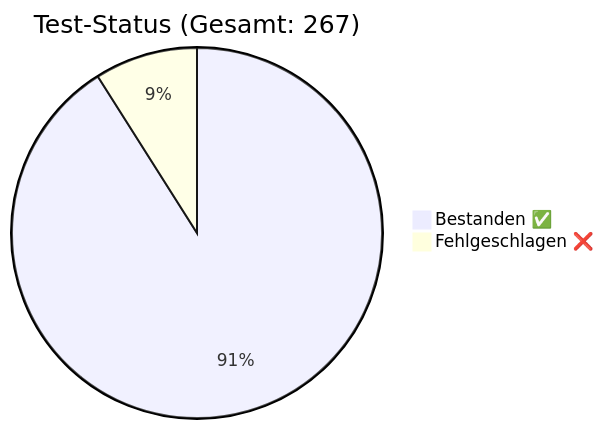
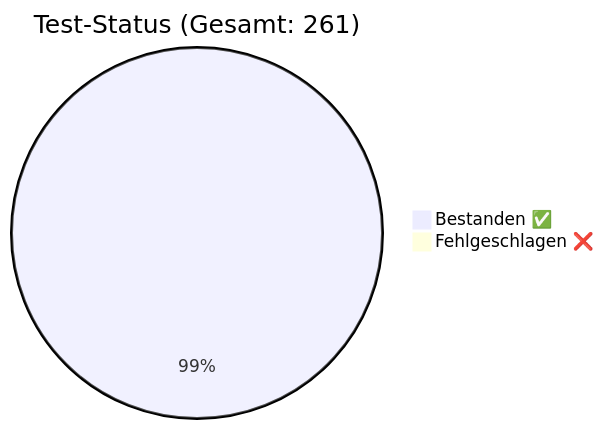
Before and after one commit to rorila/GCS: the diagram in docs/QA_Report.md, drawn with Mermaid. The commit also changed other lines of this file and 15 other files, not shown here.

````diff
--- a/docs/QA_Report.md
+++ b/docs/QA_Report.md
@@ -8,5 +8,5 @@
 ```mermaid
-pie title Test-Status (Gesamt: 267)
-    "Bestanden ✅" : 243
-    "Fehlgeschlagen ❌" : 24
+pie title Test-Status (Gesamt: 261)
+    "Bestanden ✅" : 259
+    "Fehlgeschlagen ❌" : 2
 ```
````
